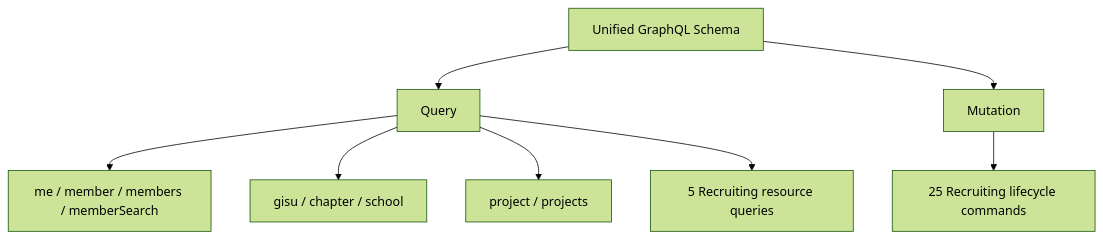
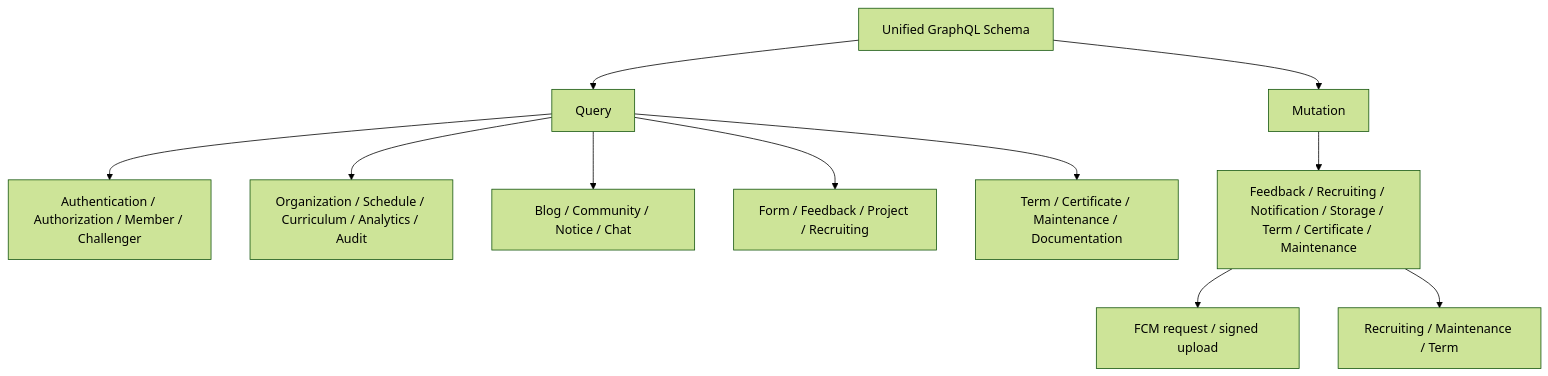
One commit to UMC-PRODUCT/cygnus-server changed the first of 2 diagrams in docs/graphql-schema.md. Above: the diagram before and after it, drawn with Mermaid (forest theme). The commit also changed other lines of this file and 142 other files, not shown here.

Commit message:
feat: 전체 도메인 GraphQL 계약 확장

````diff
--- a/docs/graphql-schema.md
+++ b/docs/graphql-schema.md
@@ -9,10 +9,13 @@
 ```mermaid
 flowchart TD
   Schema["Unified GraphQL Schema"] --> Query
   Schema --> Mutation
-  Query --> Member["me / member / members / memberSearch"]
-  Query --> Organization["gisu / chapter / school"]
-  Query --> Project["project / projects"]
-  Query --> Recruiting["5 Recruiting resource queries"]
-  Mutation --> RecruitingMutation["25 Recruiting lifecycle commands"]
+  Query --> Identity["Authentication / Authorization / Member / Challenger"]
+  Query --> Operation["Organization / Schedule / Curriculum / Analytics / Audit"]
+  Query --> Content["Blog / Community / Notice / Chat"]
+  Query --> Workflow["Form / Feedback / Project / Recruiting"]
+  Query --> Platform["Term / Certificate / Maintenance / Documentation"]
+  Mutation --> ResourceMutation["Feedback / Recruiting / Notification / Storage / Term / Certificate / Maintenance"]
+  ResourceMutation --> Async["FCM request / signed upload"]
+  ResourceMutation --> Lifecycle["Recruiting / Maintenance / Term"]
 ```
````
